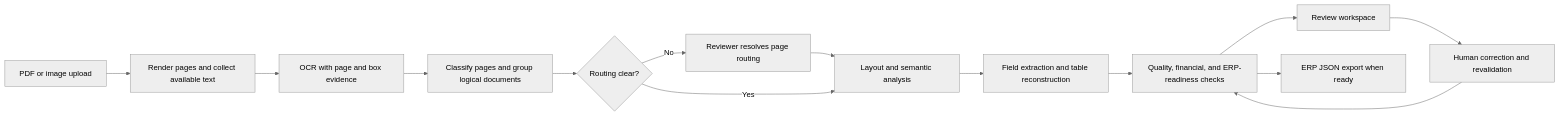
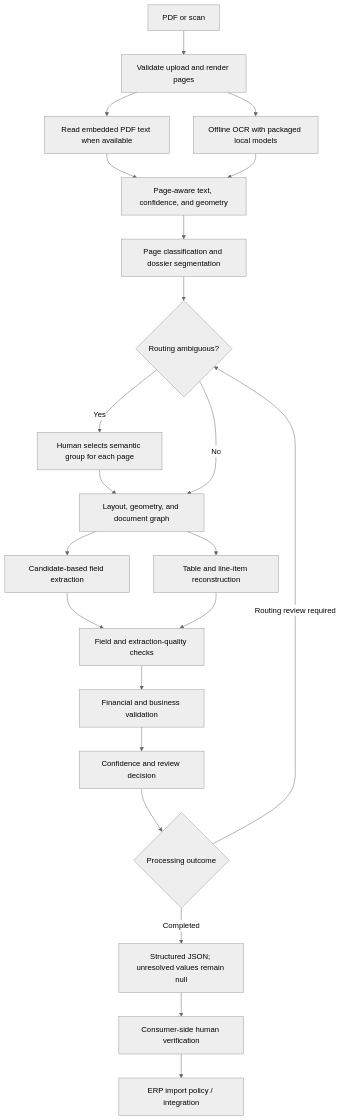
One commit to aymendhieb02/Smart-OCR-to-ERP-Platform changed the diagram in README.md. Above: the diagram before and after it, drawn with Mermaid (neutral theme). The commit also changed other lines of this file and 2 other files, not shown here.

````diff
--- a/README.md
+++ b/README.md
@@ -9,16 +21,24 @@
 ```mermaid
-flowchart LR
-    A[PDF or image upload] --> B[Render pages and collect available text]
-    B --> C[OCR with page and box evidence]
-    C --> D[Classify pages and group logical documents]
-    D --> E{Routing clear?}
-    E -->|No| F[Reviewer resolves page routing]
-    F --> G[Layout and semantic analysis]
-    E -->|Yes| G
-    G --> H[Field extraction and table reconstruction]
-    H --> I[Quality, financial, and ERP-readiness checks]
-    I --> J[Review workspace]
-    J --> K[Human correction and revalidation]
-    K --> I
-    I --> L[ERP JSON export when ready]
+flowchart TD
+    A[PDF or scan] --> B[Validate upload and render pages]
+    B --> C[Read embedded PDF text when available]
+    B --> D[Offline OCR with packaged local models]
+    C --> E[Page-aware text, confidence, and geometry]
+    D --> E
+    E --> F[Page classification and dossier segmentation]
+    F --> G{Routing ambiguous?}
+    G -->|Yes| H[Human selects semantic group for each page]
+    H --> I[Layout, geometry, and document graph]
+    G -->|No| I
+    I --> J[Candidate-based field extraction]
+    I --> K[Table and line-item reconstruction]
+    J --> L[Field and extraction-quality checks]
+    K --> L
+    L --> M[Financial and business validation]
+    M --> N[Confidence and review decision]
+    N --> O{Processing outcome}
+    O -->|Routing review required| G
+    O -->|Completed| P[Structured JSON; unresolved values remain null]
+    P --> Q[Consumer-side human verification]
+    Q --> R[ERP import policy / integration]
 ```
````
